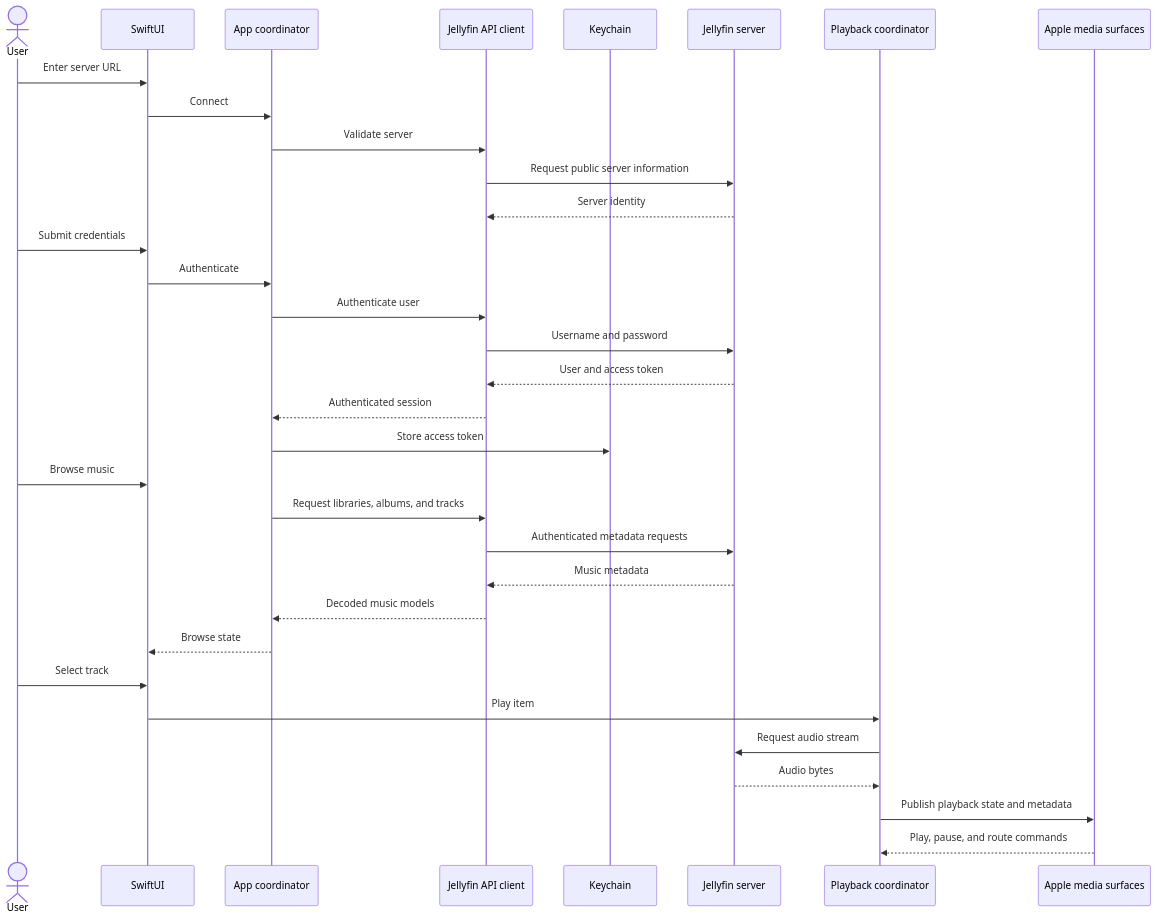
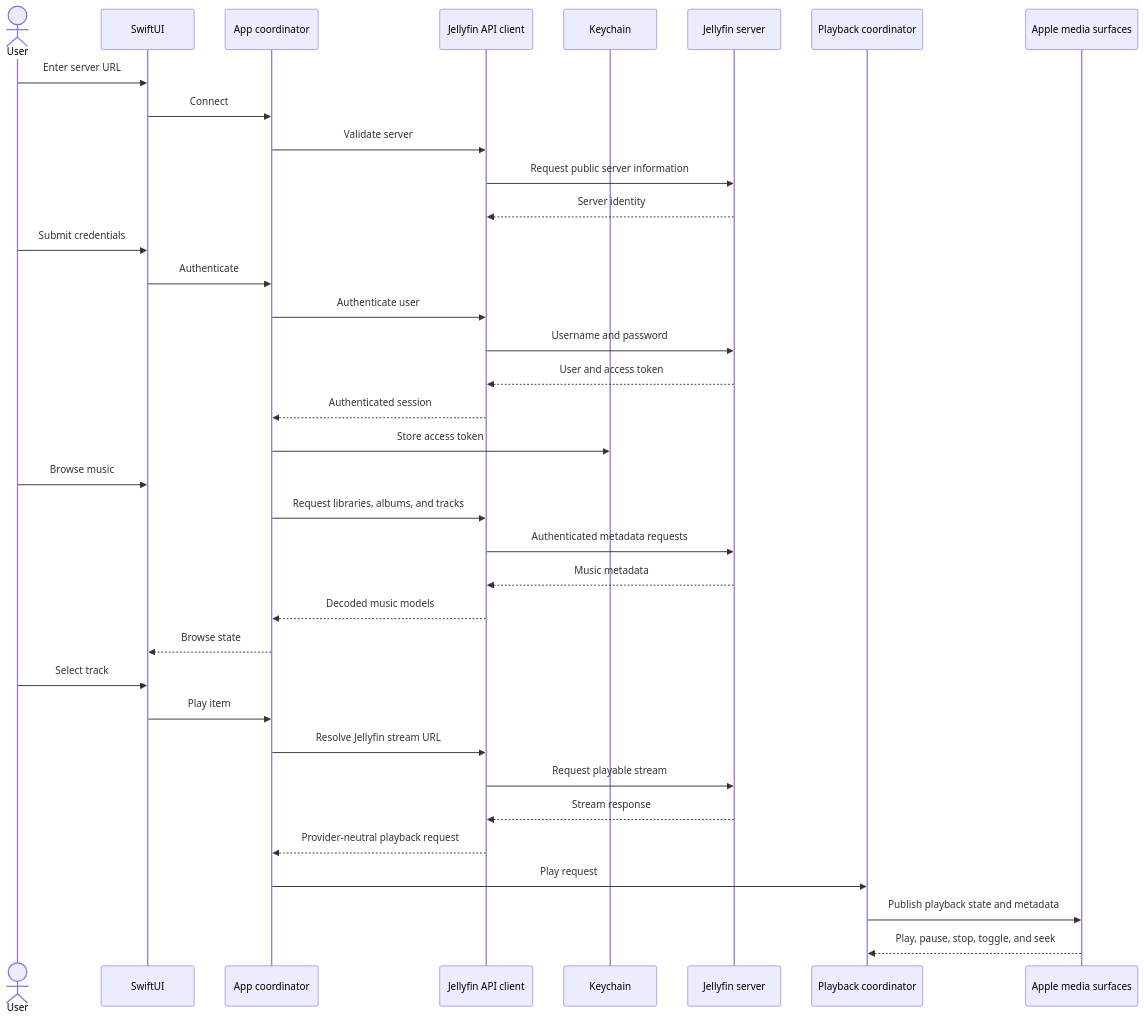
The third of 4 diagrams in docs/architecture.md (schillt/velacanto), drawn with Mermaid before and after one commit. The commit also changed other lines of this file and 26 other files, not shown here.

````diff
--- a/docs/architecture.md
+++ b/docs/architecture.md
@@ -66,39 +110,42 @@
 ```mermaid
 sequenceDiagram
     actor User
     participant UI as SwiftUI
     participant App as App coordinator
     participant API as Jellyfin API client
     participant Keys as Keychain
     participant JF as Jellyfin server
     participant Player as Playback coordinator
     participant OS as Apple media surfaces
 
     User->>UI: Enter server URL
     UI->>App: Connect
     App->>API: Validate server
     API->>JF: Request public server information
     JF-->>API: Server identity
 
     User->>UI: Submit credentials
     UI->>App: Authenticate
     App->>API: Authenticate user
     API->>JF: Username and password
     JF-->>API: User and access token
     API-->>App: Authenticated session
     App->>Keys: Store access token
 
     User->>UI: Browse music
     App->>API: Request libraries, albums, and tracks
     API->>JF: Authenticated metadata requests
     JF-->>API: Music metadata
     API-->>App: Decoded music models
     App-->>UI: Browse state
 
     User->>UI: Select track
-    UI->>Player: Play item
-    Player->>JF: Request audio stream
-    JF-->>Player: Audio bytes
+    UI->>App: Play item
+    App->>API: Resolve Jellyfin stream URL
+    API->>JF: Request playable stream
+    JF-->>API: Stream response
+    API-->>App: Provider-neutral playback request
+    App->>Player: Play request
     Player->>OS: Publish playback state and metadata
-    OS-->>Player: Play, pause, and route commands
+    OS-->>Player: Play, pause, stop, toggle, and seek
 ```
````
